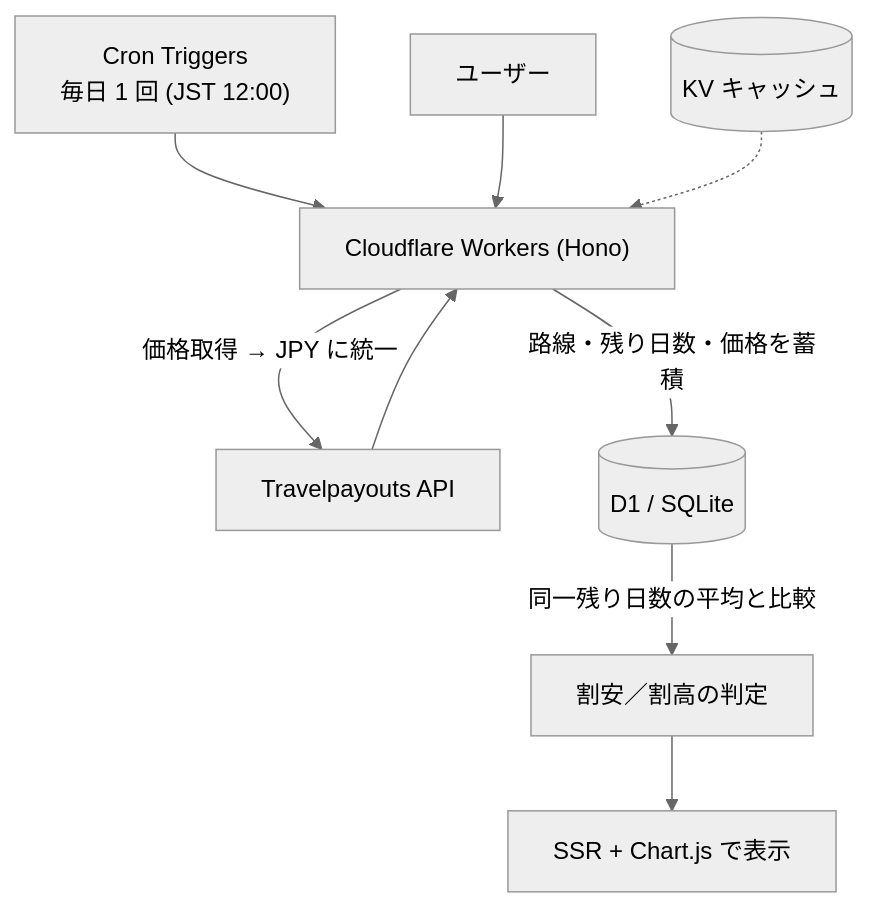
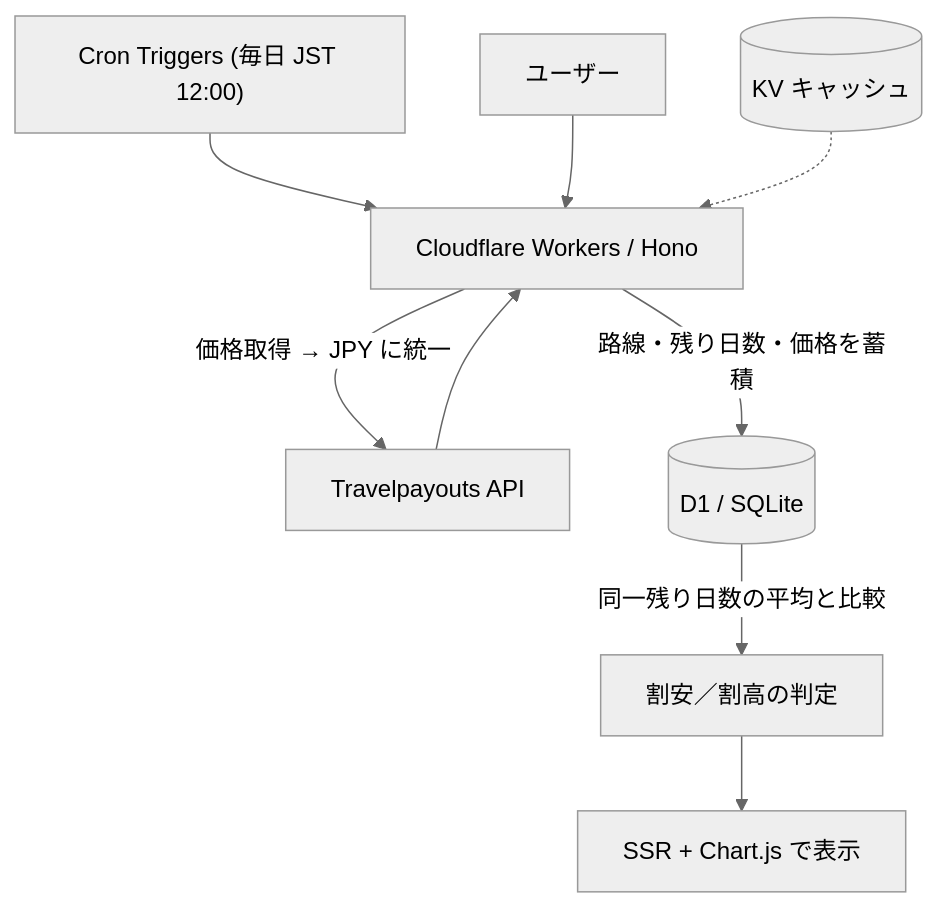
The diagram in README.md (Cobalt-Velvet/SwimFare), drawn with Mermaid (neutral theme) before and after one commit. The commit also changed other lines of this file and 9 other files, not shown here.

````diff
--- a/README.md
+++ b/README.md
@@ -54,11 +70,11 @@
 ```mermaid
 flowchart TD
-    Cron["Cron Triggers<br/>毎日 1 回 (JST 12:00)"] --> Worker["Cloudflare Workers (Hono)"]
+    Cron["Cron Triggers (毎日 JST 12:00)"] --> Worker["Cloudflare Workers / Hono"]
     Worker -->|"価格取得 → JPY に統一"| TP["Travelpayouts API"]
     TP --> Worker
     Worker -->|"路線・残り日数・価格を蓄積"| D1[("D1 / SQLite")]
     User["ユーザー"] --> Worker
     D1 -->|"同一残り日数の平均と比較"| Judge["割安／割高の判定"]
     Judge --> View["SSR + Chart.js で表示"]
     KV[("KV キャッシュ")] -.-> Worker
 ```
````
